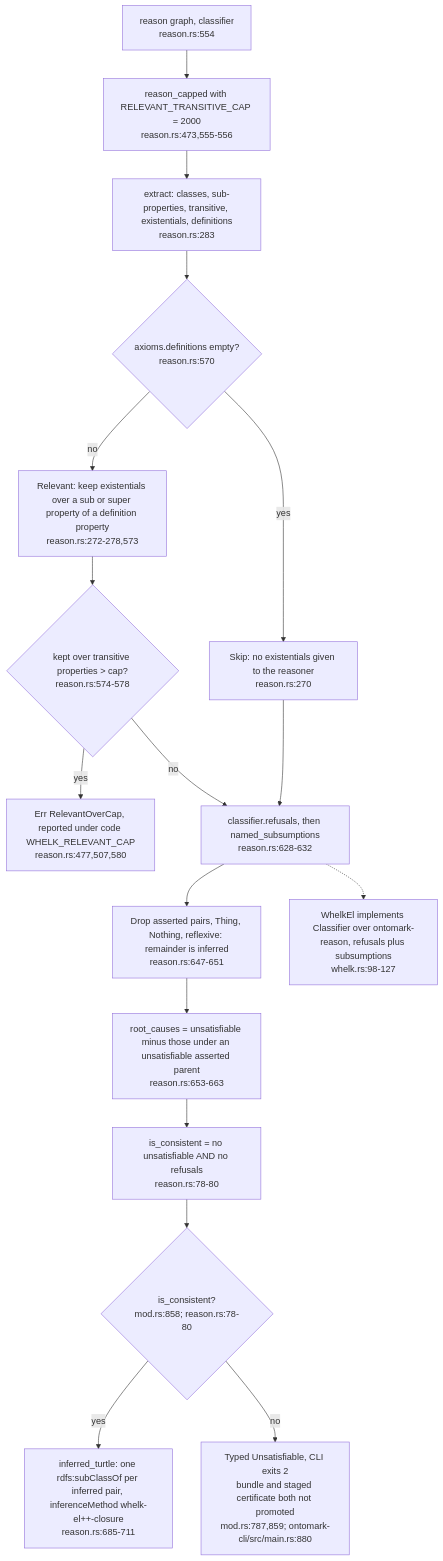
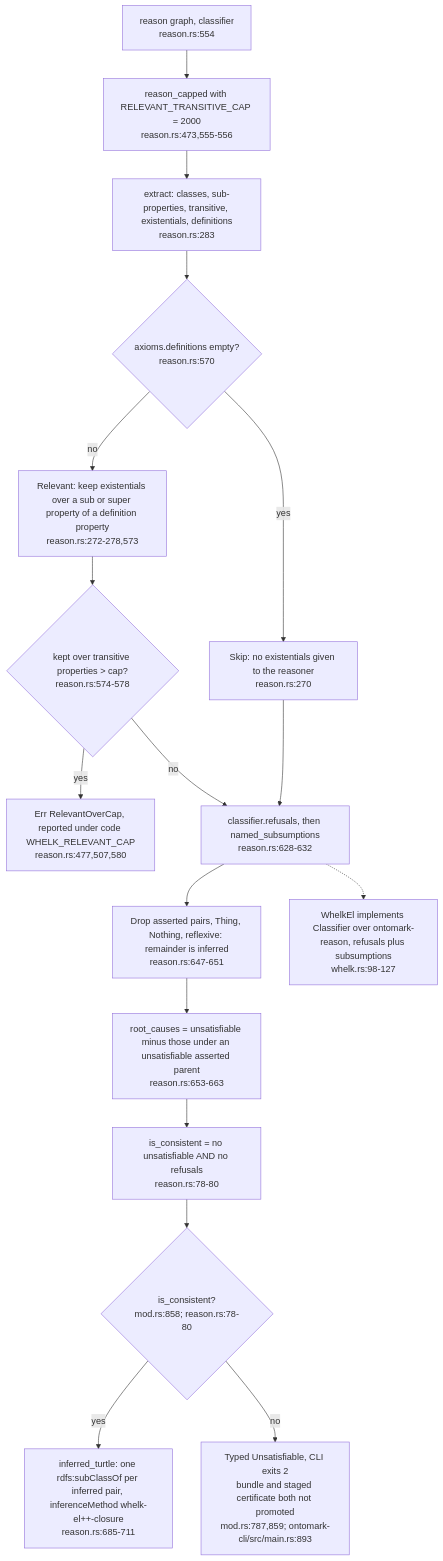
Before and after one commit to DreamLab-AI/VisionFlow: the third of 7 diagrams in docs/diagrams/ontomark/04-emitters-turtle-indexes-tiers-and-contract-c3.md, drawn with Mermaid. The commit also changed other lines of this file and 70 other files, not shown here.

First line of the commit message:
docs(diagrams): re-verify 69 topics at current default-branch heads

````diff
--- a/docs/diagrams/ontomark/04-emitters-turtle-indexes-tiers-and-contract-c3.md
+++ b/docs/diagrams/ontomark/04-emitters-turtle-indexes-tiers-and-contract-c3.md
@@ -107,29 +107,29 @@
 ```mermaid
 flowchart TD
     ENTRY["reason graph, classifier<br/>reason.rs:554"]
     CAPD["reason_capped with RELEVANT_TRANSITIVE_CAP = 2000<br/>reason.rs:473,555-556"]
     EXTR["extract: classes, sub-properties, transitive, existentials, definitions<br/>reason.rs:283"]
     NODEF{"axioms.definitions empty?<br/>reason.rs:570"}
     SKIP["Skip: no existentials given to the reasoner<br/>reason.rs:270"]
     KEEP["Relevant: keep existentials over a sub or super property of a definition property<br/>reason.rs:272-278,573"]
     OVER{"kept over transitive properties > cap?<br/>reason.rs:574-578"}
     ERR["Err RelevantOverCap, reported under code WHELK_RELEVANT_CAP<br/>reason.rs:477,507,580"]
     CLASSIFY["classifier.refusals, then named_subsumptions<br/>reason.rs:628-632"]
     SPLIT["Drop asserted pairs, Thing, Nothing, reflexive: remainder is inferred<br/>reason.rs:647-651"]
     ROOTS["root_causes = unsatisfiable minus those under an unsatisfiable asserted parent<br/>reason.rs:653-663"]
     GATE{"is_consistent?<br/>mod.rs:858; reason.rs:78-80"}
-    BAD["Typed Unsatisfiable, CLI exits 2<br/>bundle and staged certificate both not promoted<br/>mod.rs:787,859; ontomark-cli/src/main.rs:880"]
+    BAD["Typed Unsatisfiable, CLI exits 2<br/>bundle and staged certificate both not promoted<br/>mod.rs:787,859; ontomark-cli/src/main.rs:893"]
     CONS["is_consistent = no unsatisfiable AND no refusals<br/>reason.rs:78-80"]
     INFTTL["inferred_turtle: one rdfs:subClassOf per inferred pair, inferenceMethod whelk-el++-closure<br/>reason.rs:685-711"]
     WH["WhelkEl implements Classifier over ontomark-reason, refusals plus subsumptions<br/>whelk.rs:98-127"]
     ENTRY --> CAPD --> EXTR --> NODEF
     NODEF -- yes --> SKIP
     NODEF -- no --> KEEP --> OVER
     OVER -- yes --> ERR
     OVER -- no --> CLASSIFY
     SKIP --> CLASSIFY
     CLASSIFY --> SPLIT --> ROOTS --> CONS --> GATE
     GATE -->|yes| INFTTL
     GATE -->|no| BAD
     CLASSIFY -.-> WH
 ```
````
